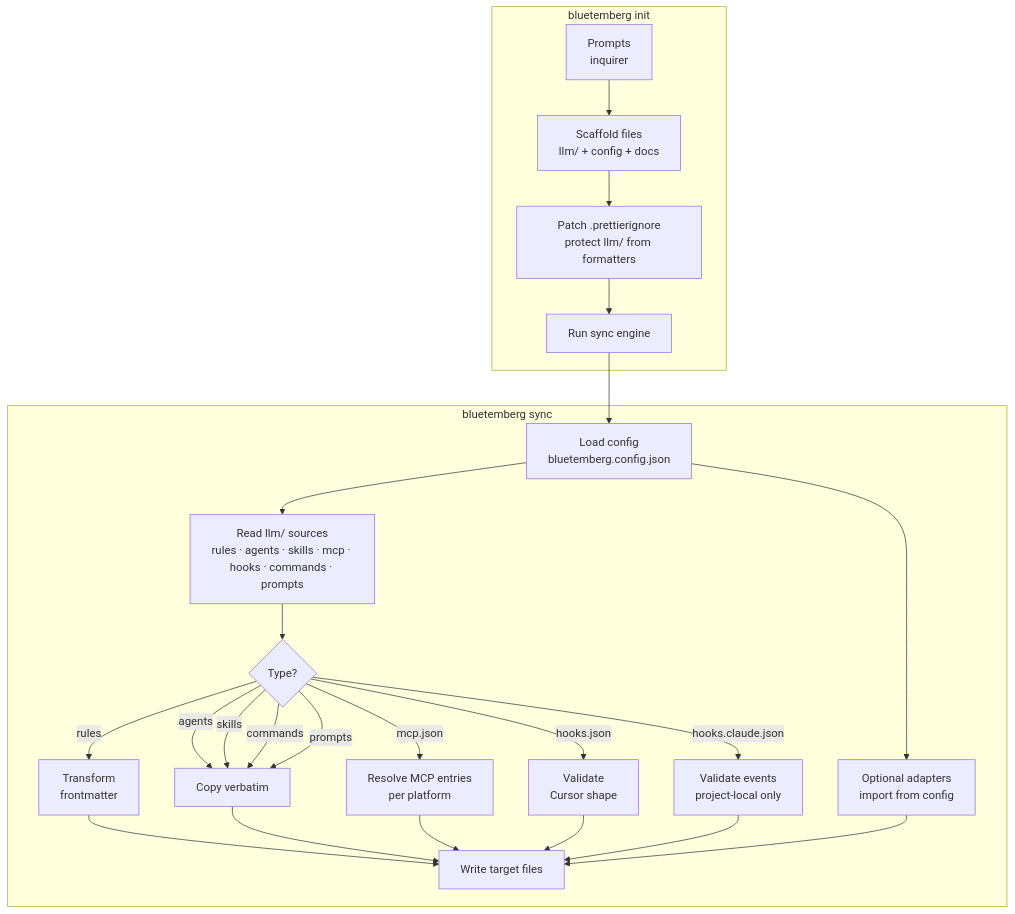
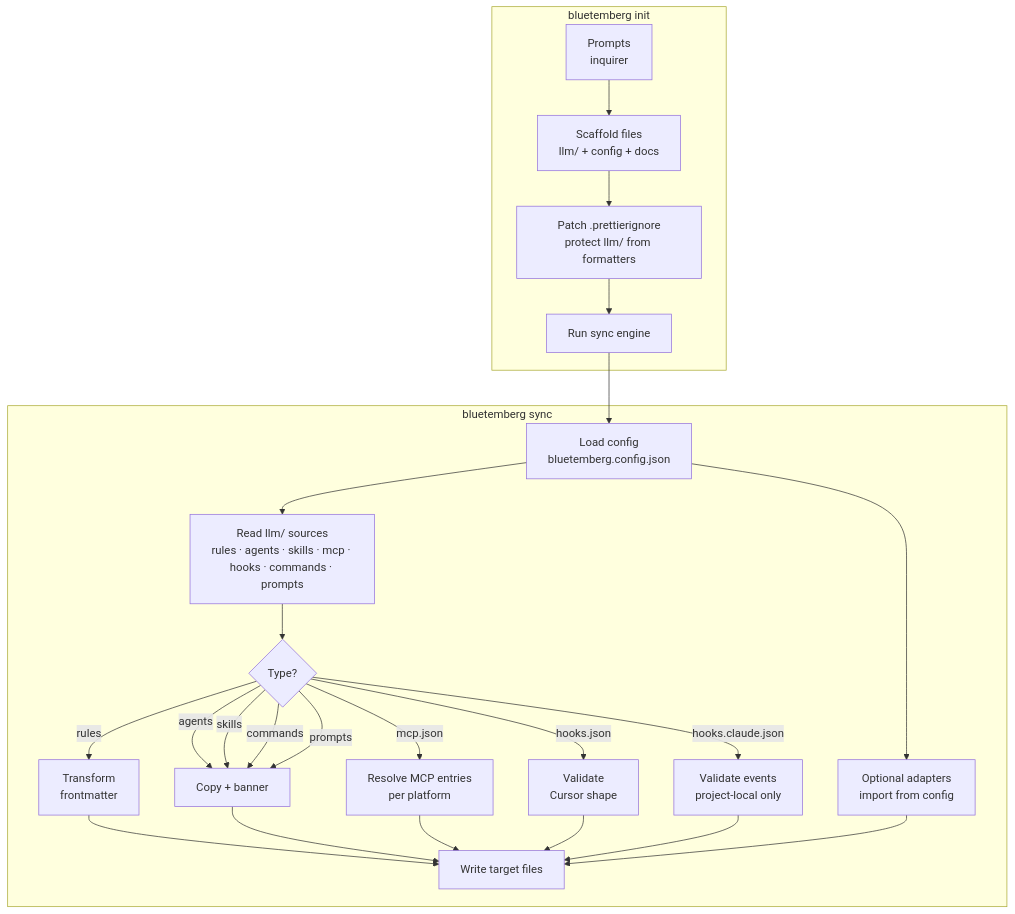
The first of 3 diagrams in docs/wiki/Architecture.md (prototypdigital/bluetemberg), drawn with Mermaid before and after one commit. The commit also changed 14 other files, not shown here.

````diff
--- a/docs/wiki/Architecture.md
+++ b/docs/wiki/Architecture.md
@@ -7,30 +7,30 @@
 ```mermaid
 flowchart TD
     subgraph init ["bluetemberg init"]
         A[Prompts\ninquirer] --> B[Scaffold files\nllm/ + config + docs]
         B --> B2[Patch .prettierignore\nprotect llm/ from formatters]
         B2 --> C[Run sync engine]
     end
 
     subgraph sync ["bluetemberg sync"]
         D[Load config\nbluetemberg.config.json] --> E[Read llm/ sources\nrules · agents · skills · mcp · hooks · commands · prompts]
         D --> L[Optional adapters\nimport from config]
         E --> F{Type?}
         F -->|rules| G[Transform\nfrontmatter]
-        F -->|agents| H[Copy verbatim]
+        F -->|agents| H[Copy + banner]
         F -->|skills| H
         F -->|commands| H
         F -->|prompts| H
         F -->|mcp.json| J[Resolve MCP entries\nper platform]
         F -->|hooks.json| K[Validate\nCursor shape]
         F -->|hooks.claude.json| K2[Validate events\nproject-local only]
         G --> I[Write target files]
         H --> I
         J --> I
         K --> I
         K2 --> I
         L --> I
     end
 
     C --> D
 ```
````
